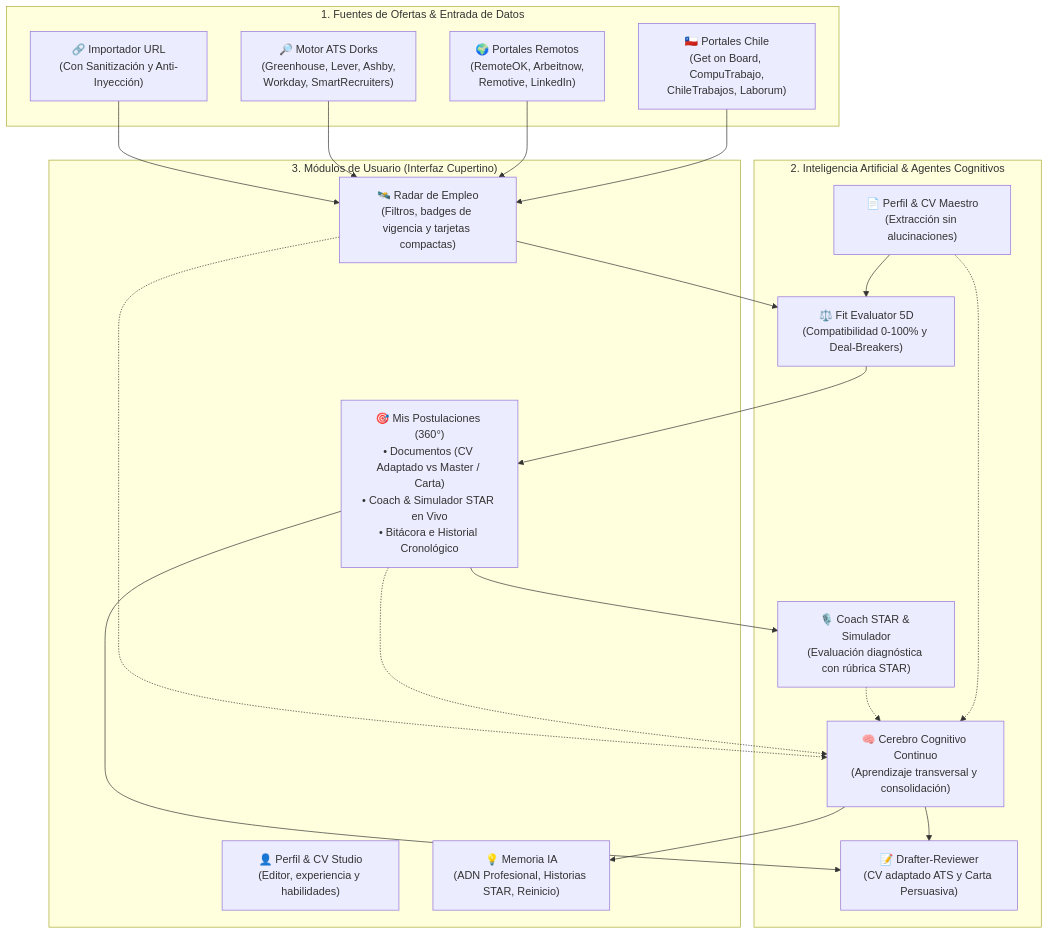
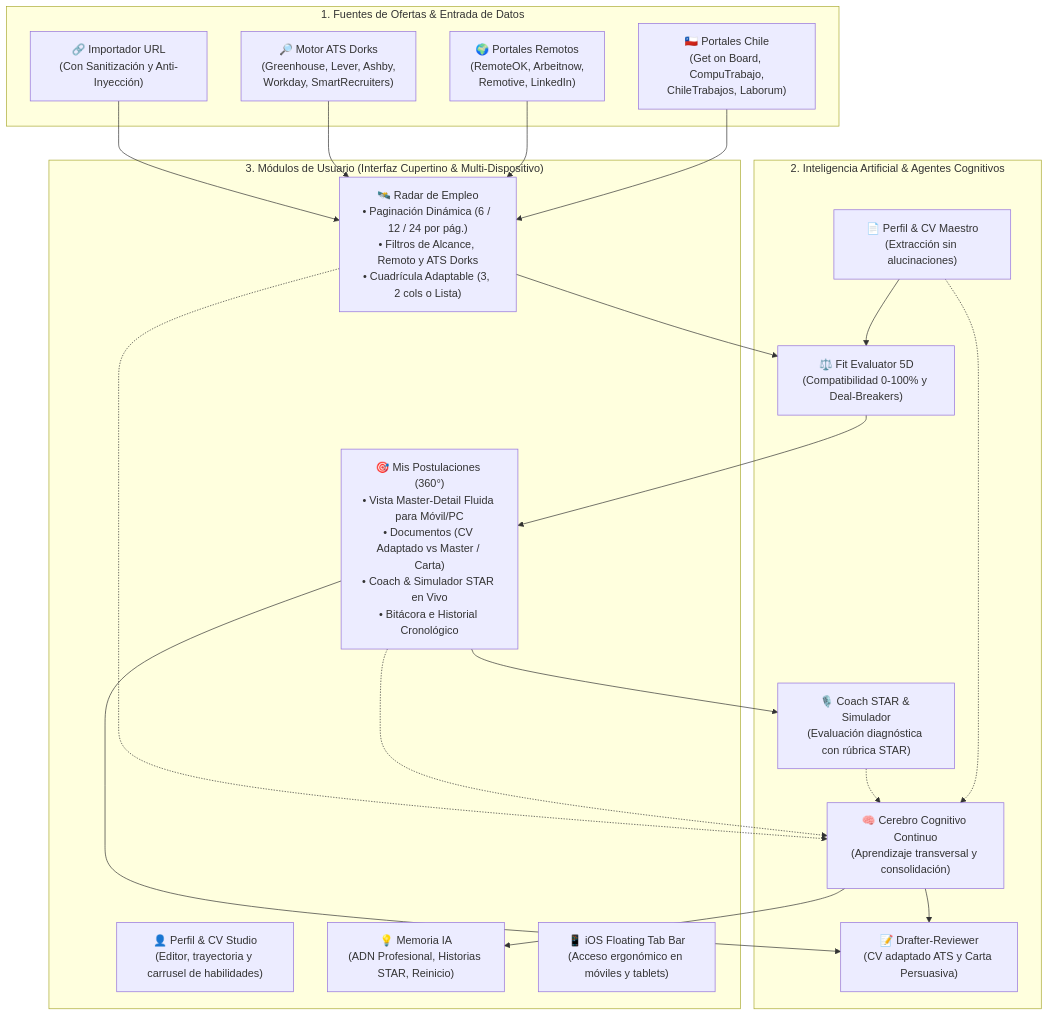
One commit to alejandroham/Oportia.jobs changed the first of 4 diagrams in README.md. Above: the diagram before and after it, drawn with Mermaid. The commit also changed other lines of this file, not shown here.

Commit message:
docs: update README with mobile-first architecture, responsive diagrams, and radar pagination

````diff
--- a/README.md
+++ b/README.md
@@ -9,44 +9,45 @@
 ```mermaid
 flowchart TD
     subgraph Entrada ["1. Fuentes de Ofertas & Entrada de Datos"]
         Chile["🇨🇱 Portales Chile\n(Get on Board, CompuTrabajo,\nChileTrabajos, Laborum)"]
         Global["🌍 Portales Remotos\n(RemoteOK, Arbeitnow,\nRemotive, LinkedIn)"]
         Dorks["🔎 Motor ATS Dorks\n(Greenhouse, Lever, Ashby,\nWorkday, SmartRecruiters)"]
         URL["🔗 Importador URL\n(Con Sanitización y Anti-Inyección)"]
     end
 
     subgraph Nucleo ["2. Inteligencia Artificial & Agentes Cognitivos"]
         Profile["📄 Perfil & CV Maestro\n(Extracción sin alucinaciones)"]
         Fit["⚖️ Fit Evaluator 5D\n(Compatibilidad 0-100% y Deal-Breakers)"]
         Drafter["📝 Drafter-Reviewer\n(CV adaptado ATS y Carta Persuasiva)"]
         Coach["🎙️ Coach STAR & Simulador\n(Evaluación diagnóstica con rúbrica STAR)"]
         MemoryEngine["🧠 Cerebro Cognitivo Continuo\n(Aprendizaje transversal y consolidación)"]
     end
 
-    subgraph Presentacion ["3. Módulos de Usuario (Interfaz Cupertino)"]
-        RadarUI["🛰️ Radar de Empleo\n(Filtros, badges de vigencia y tarjetas compactas)"]
-        TrackerUI["🎯 Mis Postulaciones (360°)\n• Documentos (CV Adaptado vs Master / Carta)\n• Coach & Simulador STAR en Vivo\n• Bitácora e Historial Cronológico"]
-        ProfileUI["👤 Perfil & CV Studio\n(Editor, experiencia y habilidades)"]
+    subgraph Presentacion ["3. Módulos de Usuario (Interfaz Cupertino & Multi-Dispositivo)"]
+        RadarUI["🛰️ Radar de Empleo\n• Paginación Dinámica (6 / 12 / 24 por pág.)\n• Filtros de Alcance, Remoto y ATS Dorks\n• Cuadrícula Adaptable (3, 2 cols o Lista)"]
+        TrackerUI["🎯 Mis Postulaciones (360°)\n• Vista Master-Detail Fluida para Móvil/PC\n• Documentos (CV Adaptado vs Master / Carta)\n• Coach & Simulador STAR en Vivo\n• Bitácora e Historial Cronológico"]
+        ProfileUI["👤 Perfil & CV Studio\n(Editor, trayectoria y carrusel de habilidades)"]
         MemoryUI["💡 Memoria IA\n(ADN Profesional, Historias STAR, Reinicio)"]
+        MobileNav["📱 iOS Floating Tab Bar\n(Acceso ergonómico en móviles y tablets)"]
     end
 
     Chile --> RadarUI
     Global --> RadarUI
     Dorks --> RadarUI
     URL --> RadarUI
 
     Profile --> Fit
     RadarUI --> Fit
     Fit --> TrackerUI
 
     TrackerUI --> Drafter
     TrackerUI --> Coach
 
     Profile -.-> MemoryEngine
     TrackerUI -.-> MemoryEngine
     RadarUI -.-> MemoryEngine
     Coach -.-> MemoryEngine
 
     MemoryEngine --> Drafter
     MemoryEngine --> MemoryUI
 ```
````
